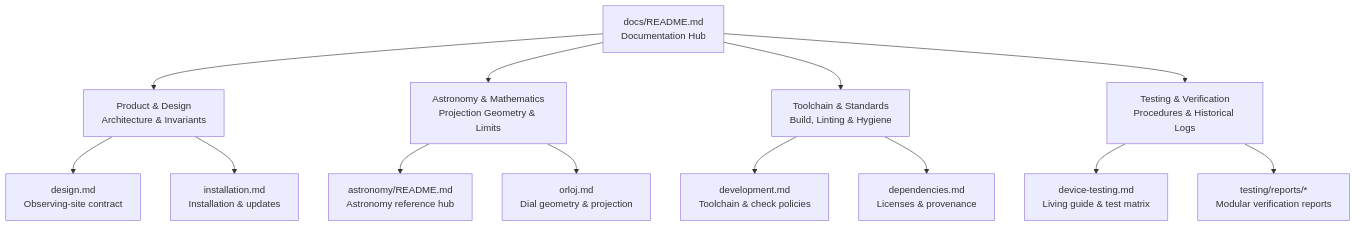
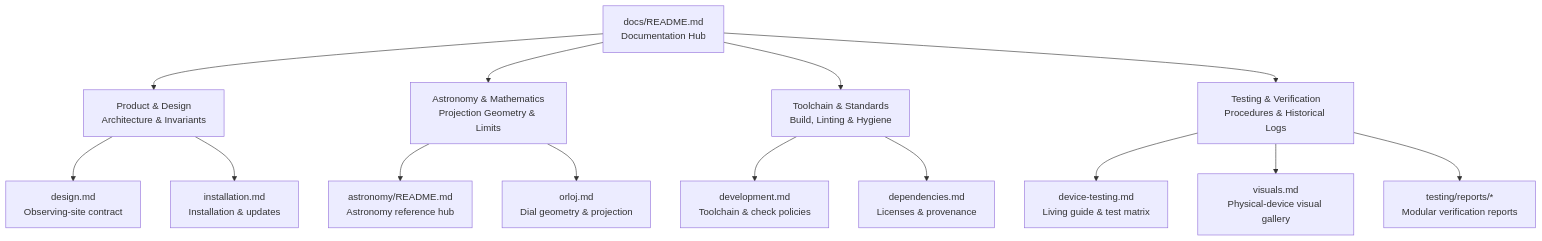
One commit to cmp0xff/astronomical-clocks-wallpaper changed the diagram in docs/README.md. Above: the diagram before and after it, drawn with Mermaid. The commit also changed other lines of this file and 8 other files, not shown here.

````diff
--- a/docs/README.md
+++ b/docs/README.md
@@ -7,25 +7,26 @@
 ```mermaid
 graph TD
     DocsHub["docs/README.md<br/>Documentation Hub"]
     Design["Product & Design<br/>Architecture & Invariants"]
     Astronomy["Astronomy & Mathematics<br/>Projection Geometry & Limits"]
     Dev["Toolchain & Standards<br/>Build, Linting & Hygiene"]
     Testing["Testing & Verification<br/>Procedures & Historical Logs"]
     
     DocsHub --> Design
     DocsHub --> Astronomy
     DocsHub --> Dev
     DocsHub --> Testing
 
     Design --> D1["design.md<br/>Observing-site contract"]
     Design --> D2["installation.md<br/>Installation & updates"]
 
     Astronomy --> A1["astronomy/README.md<br/>Astronomy reference hub"]
     Astronomy --> A2["orloj.md<br/>Dial geometry & projection"]
 
     Dev --> V1["development.md<br/>Toolchain & check policies"]
     Dev --> V2["dependencies.md<br/>Licenses & provenance"]
 
     Testing --> T1["device-testing.md<br/>Living guide & test matrix"]
-    Testing --> T2["testing/reports/*<br/>Modular verification reports"]
+    Testing --> T2["visuals.md<br/>Physical-device visual gallery"]
+    Testing --> T3["testing/reports/*<br/>Modular verification reports"]
 ```
````
